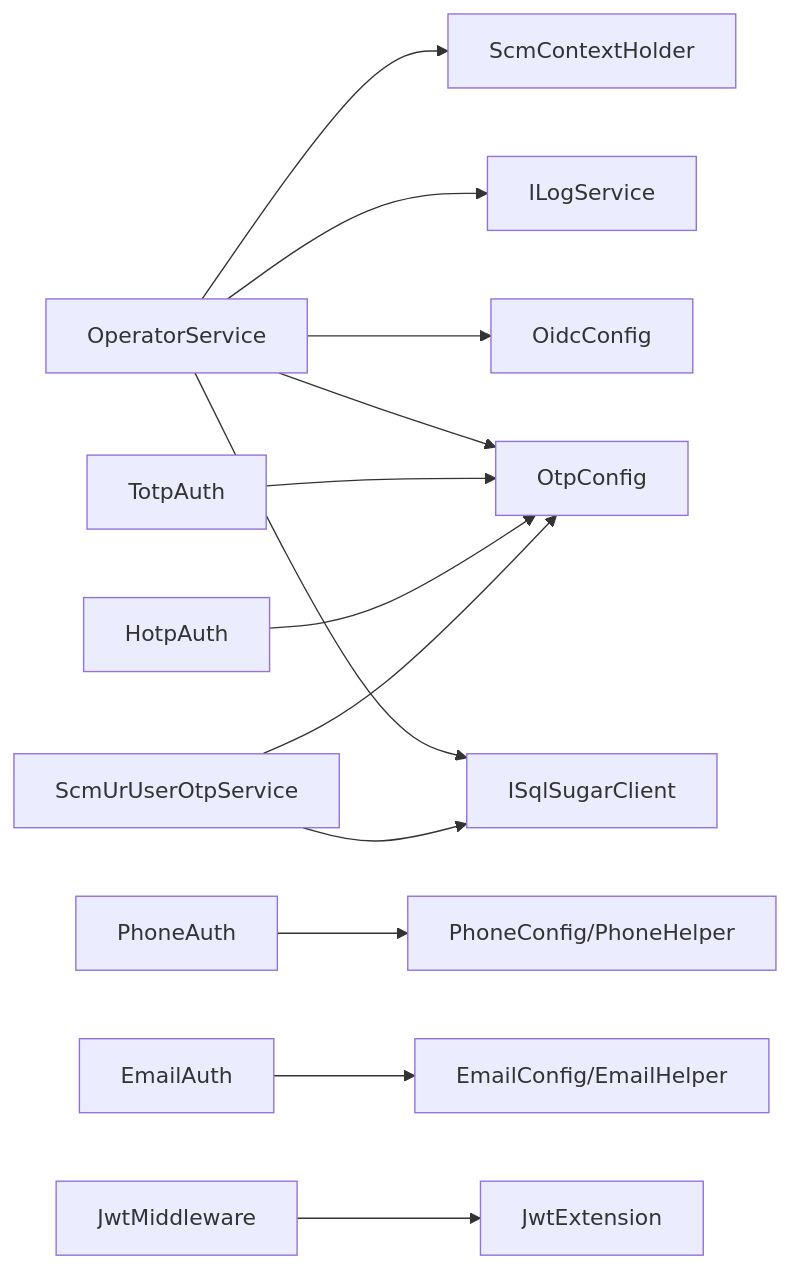
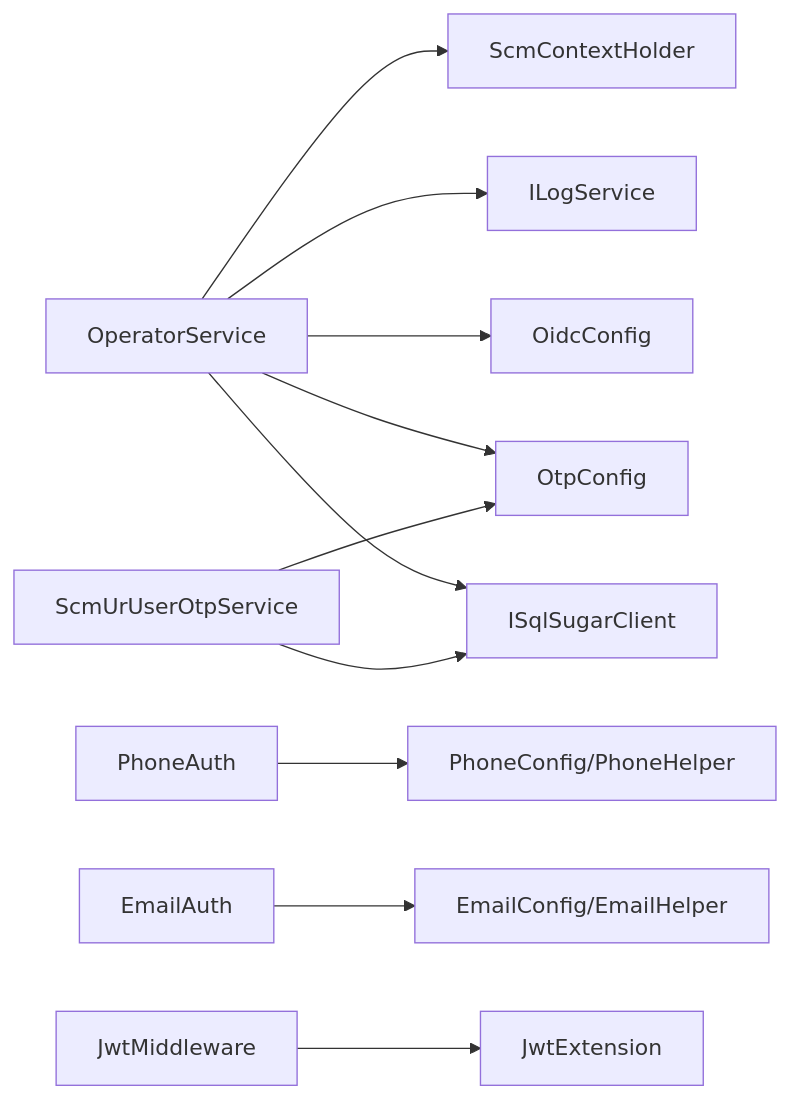
The seventh of 7 diagrams in .qoder/repowiki/zh/content/用户认证系统/用户认证系统.md (leadiot/Scm.Net), drawn with Mermaid before and after one commit. The commit also changed other lines of this file and 17 other files, not shown here.

````diff
--- a/.qoder/repowiki/zh/content/用户认证系统/用户认证系统.md
+++ b/.qoder/repowiki/zh/content/用户认证系统/用户认证系统.md
@@ -454,15 +368,13 @@
 ```mermaid
 graph LR
 OP["OperatorService"] --> CTX["ScmContextHolder"]
 OP --> LOG["ILogService"]
 OP --> OIDCCFG["OidcConfig"]
 OP --> OTPCFG["OtpConfig"]
 OP --> SQL["ISqlSugarClient"]
 PH["PhoneAuth"] --> SMS["PhoneConfig/PhoneHelper"]
 EM["EmailAuth"] --> EMAIL["EmailConfig/EmailHelper"]
-TOTP["TotpAuth"] --> OTPCFG
-HOTP["HotpAuth"] --> OTPCFG
 USEROTP["ScmUrUserOtpService"] --> SQL
 USEROTP --> OTPCFG
 JM["JwtMiddleware"] --> JE["JwtExtension"]
 ```
````
